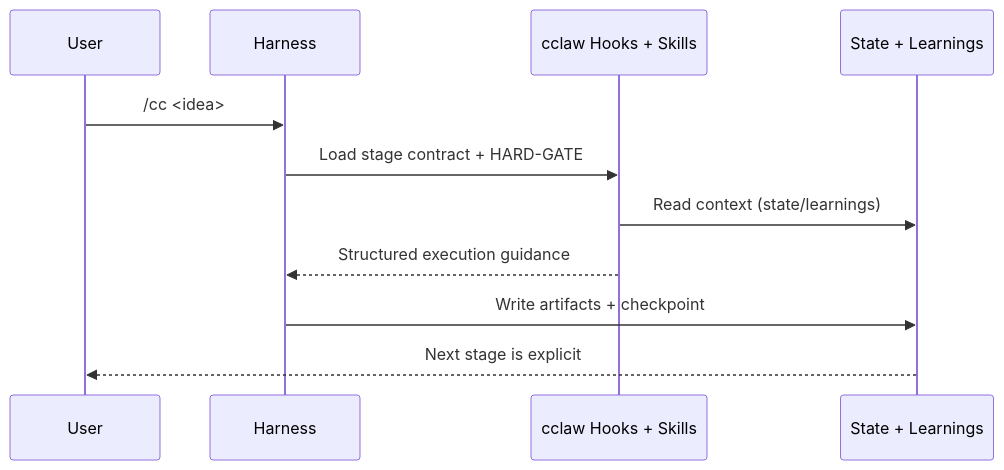
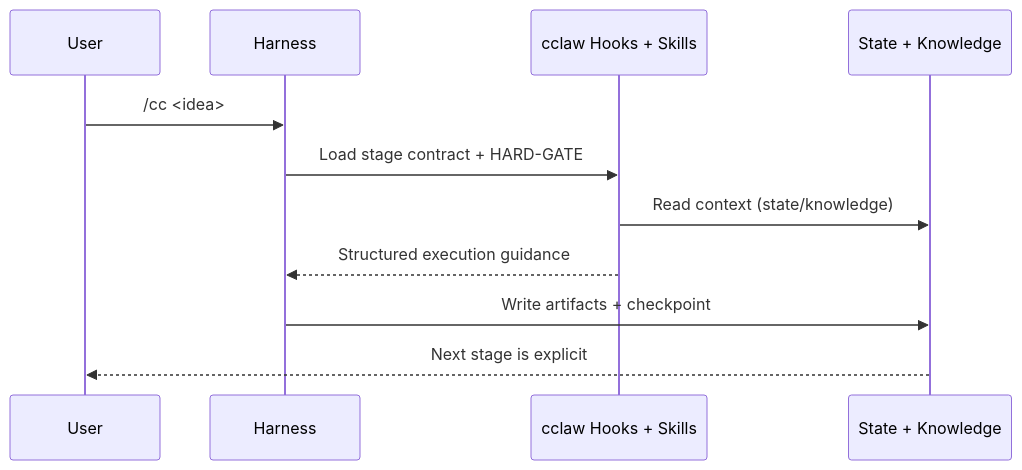
One commit to zuevrs/cclaw changed the second of 2 diagrams in README.md. Above: the diagram before and after it, drawn with Mermaid. The commit also changed other lines of this file and 28 other files, not shown here.

First line of the commit message:
refactor(runtime): migrate learnings pipeline to knowledge model

````diff
--- a/README.md
+++ b/README.md
@@ -25,13 +25,13 @@
 ```mermaid
 sequenceDiagram
     participant U as User
     participant H as Harness
     participant V as cclaw Hooks + Skills
-    participant S as State + Learnings
+    participant S as State + Knowledge
     U->>H: /cc <idea>
     H->>V: Load stage contract + HARD-GATE
-    V->>S: Read context (state/learnings)
+    V->>S: Read context (state/knowledge)
     V-->>H: Structured execution guidance
     H->>S: Write artifacts + checkpoint
     S-->>U: Next stage is explicit
 ```
````
